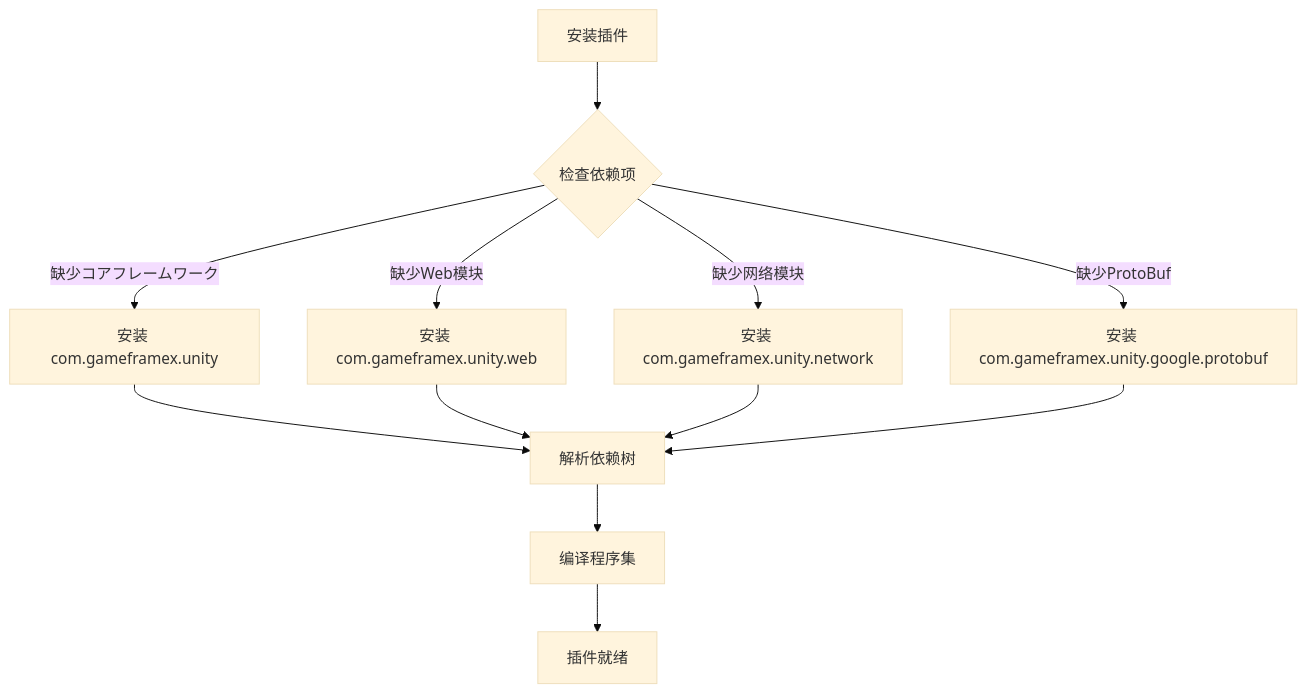
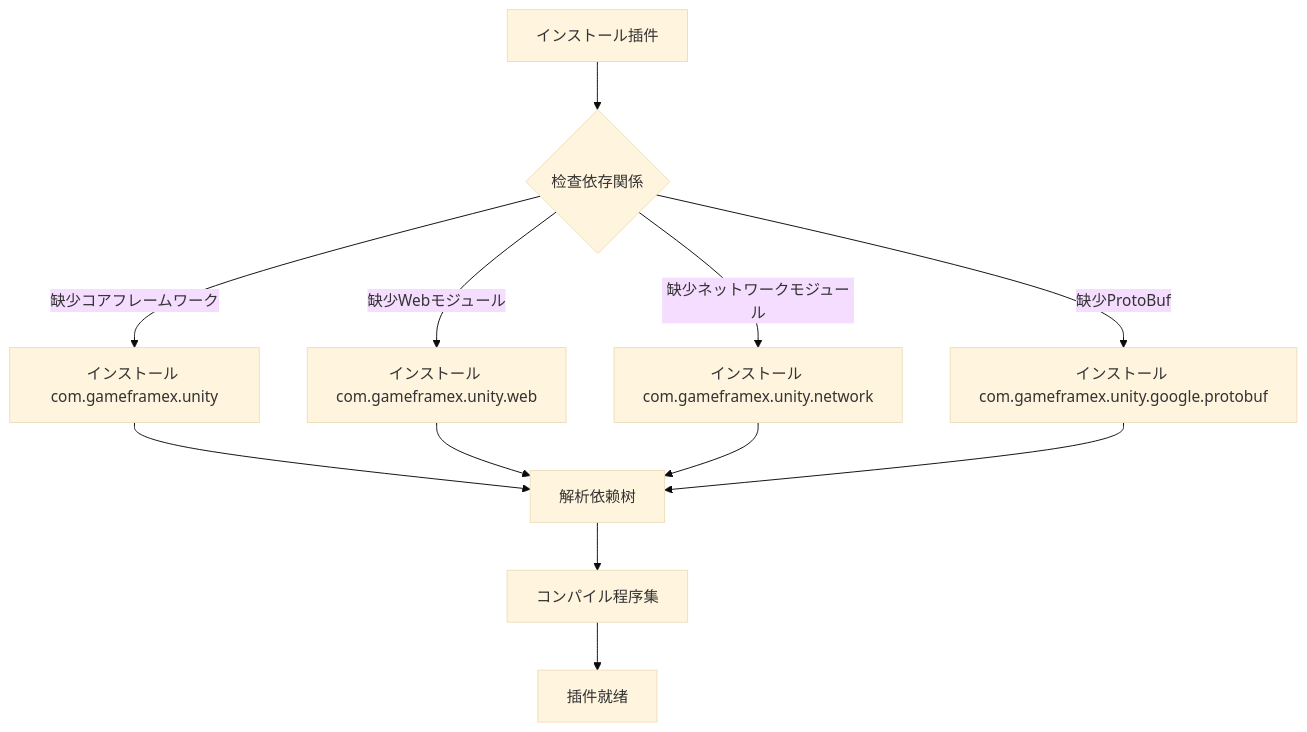
The third of 3 diagrams in docs/ja/client/unity/component/web-protobuff/05.dependencies.md (AlianBlank/GameFrameX.Docs), drawn with Mermaid (base theme) before and after one commit. The commit also changed other lines of this file and 320 other files, not shown here.

````diff
--- a/docs/ja/client/unity/component/web-protobuff/05.dependencies.md
+++ b/docs/ja/client/unity/component/web-protobuff/05.dependencies.md
@@ -180,17 +180,17 @@
 ```mermaid
 flowchart TD
-    Start[安装插件] --> CheckDeps{检查依赖项}
+    Start[インストール插件] --> CheckDeps{检查依存関係}
     
-    CheckDeps -->|缺少コアフレームワーク| InstallCore[安装 com.gameframex.unity]
-    CheckDeps -->|缺少Web模块| InstallWeb[安装 com.gameframex.unity.web]
-    CheckDeps -->|缺少网络模块| InstallNetwork[安装 com.gameframex.unity.network]
-    CheckDeps -->|缺少ProtoBuf| InstallProtoBuf[安装 com.gameframex.unity.google.protobuf]
+    CheckDeps -->|缺少コアフレームワーク| InstallCore[インストール com.gameframex.unity]
+    CheckDeps -->|缺少Webモジュール| InstallWeb[インストール com.gameframex.unity.web]
+    CheckDeps -->|缺少ネットワークモジュール| InstallNetwork[インストール com.gameframex.unity.network]
+    CheckDeps -->|缺少ProtoBuf| InstallProtoBuf[インストール com.gameframex.unity.google.protobuf]
     
     InstallCore --> Resolve[解析依赖树]
     InstallWeb --> Resolve
     InstallNetwork --> Resolve
     InstallProtoBuf --> Resolve
     
-    Resolve --> BuildAsmdef[编译程序集]
+    Resolve --> BuildAsmdef[コンパイル程序集]
     BuildAsmdef --> Ready[插件就绪]
 ```
````
